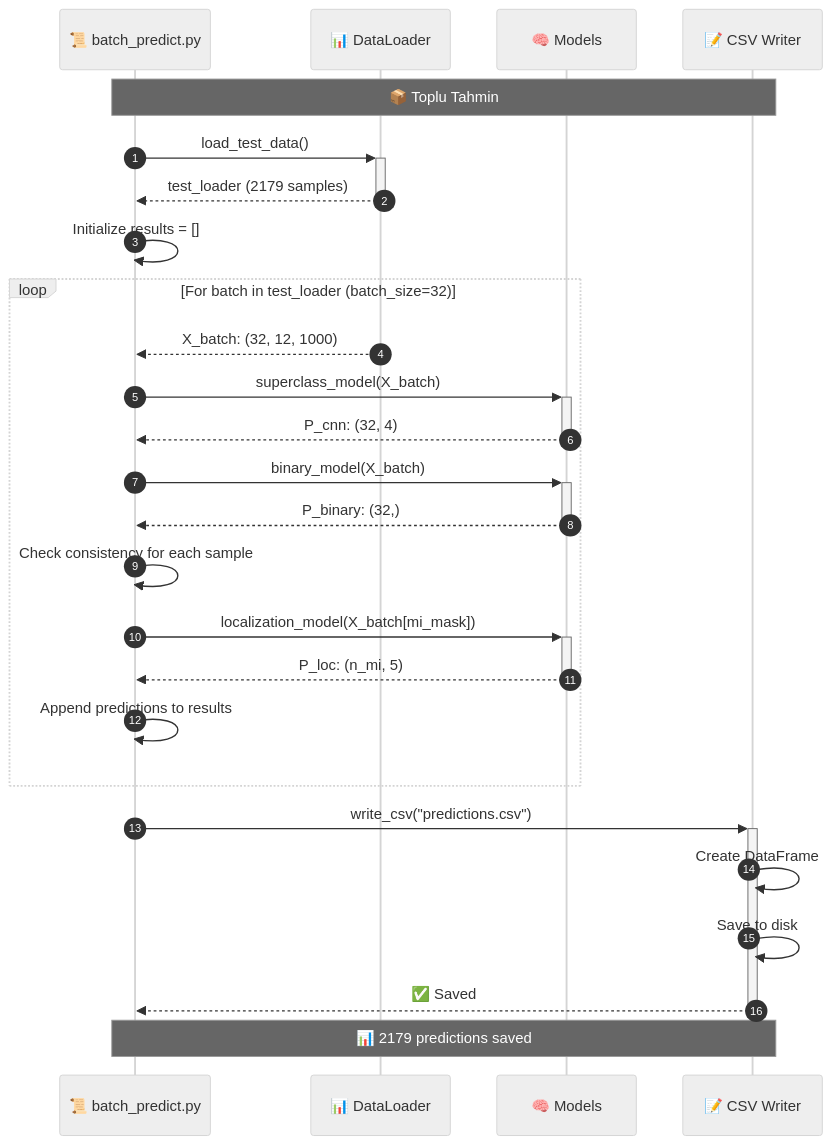
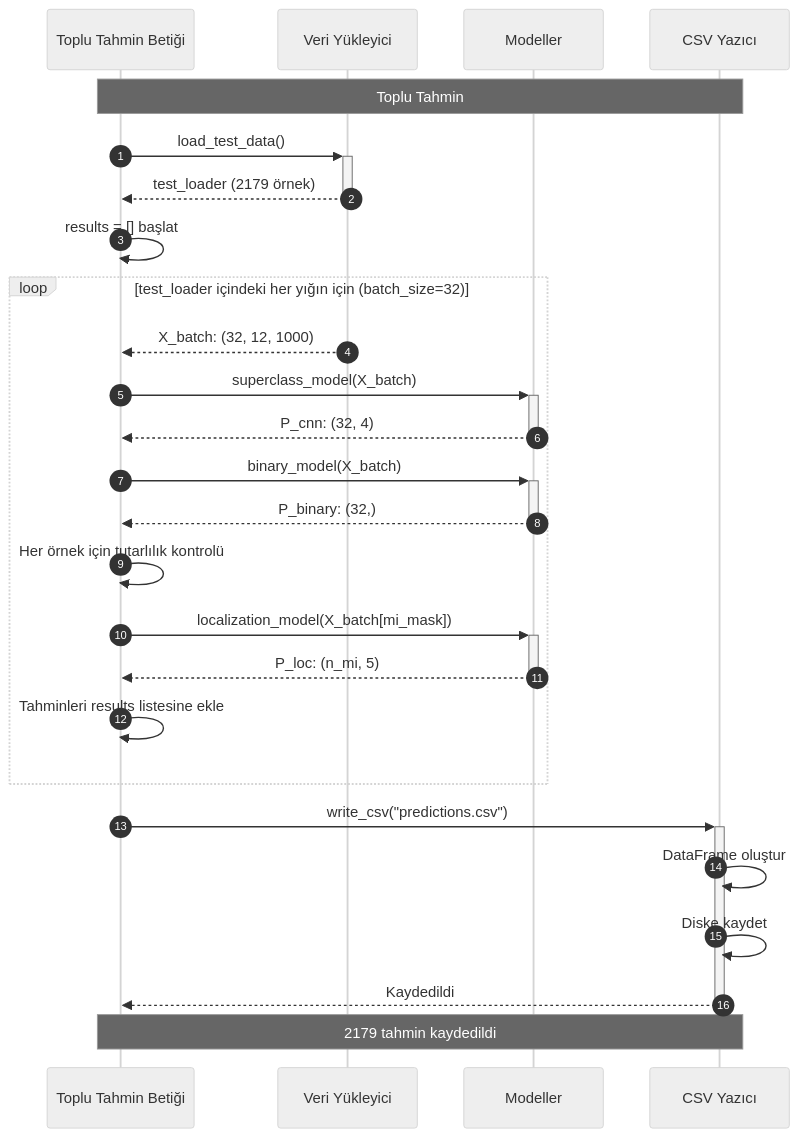
The ninth of 10 diagrams in docs/diagrams/06_sequence_diagram.md (mUsaulug/CardioGuard-AI), drawn with Mermaid (neutral theme) before and after one commit. The commit also changed other lines of this file and 5 other files, not shown here.

````diff
--- a/docs/diagrams/06_sequence_diagram.md
+++ b/docs/diagrams/06_sequence_diagram.md
@@ -604,40 +581,40 @@
 ```mermaid
 sequenceDiagram
     autonumber
     
-    participant Script as 📜 batch_predict.py
-    participant Loader as 📊 DataLoader
-    participant Model as 🧠 Models
-    participant Writer as 📝 CSV Writer
+    participant Script as Toplu Tahmin Betiği
+    participant Loader as Veri Yükleyici
+    participant Model as Modeller
+    participant Writer as CSV Yazıcı
     
-    Note over Script, Writer: 📦 Toplu Tahmin
+    Note over Script, Writer: Toplu Tahmin
     
     Script->>+Loader: load_test_data()
-    Loader-->>-Script: test_loader (2179 samples)
+    Loader-->>-Script: test_loader (2179 örnek)
     
-    Script->>Script: Initialize results = []
+    Script->>Script: results = [] başlat
     
-    loop For batch in test_loader (batch_size=32)
+    loop test_loader içindeki her yığın için (batch_size=32)
         Loader-->>Script: X_batch: (32, 12, 1000)
         
         Script->>+Model: superclass_model(X_batch)
         Model-->>-Script: P_cnn: (32, 4)
         
         Script->>+Model: binary_model(X_batch)
         Model-->>-Script: P_binary: (32,)
         
-        Script->>Script: Check consistency for each sample
+        Script->>Script: Her örnek için tutarlılık kontrolü
         
         Script->>+Model: localization_model(X_batch[mi_mask])
         Model-->>-Script: P_loc: (n_mi, 5)
         
-        Script->>Script: Append predictions to results
+        Script->>Script: Tahminleri results listesine ekle
     end
     
     Script->>+Writer: write_csv("predictions.csv")
-    Writer->>Writer: Create DataFrame
-    Writer->>Writer: Save to disk
-    Writer-->>-Script: ✅ Saved
+    Writer->>Writer: DataFrame oluştur
+    Writer->>Writer: Diske kaydet
+    Writer-->>-Script: Kaydedildi
     
-    Note over Script, Writer: 📊 2179 predictions saved
+    Note over Script, Writer: 2179 tahmin kaydedildi
 ```
````
